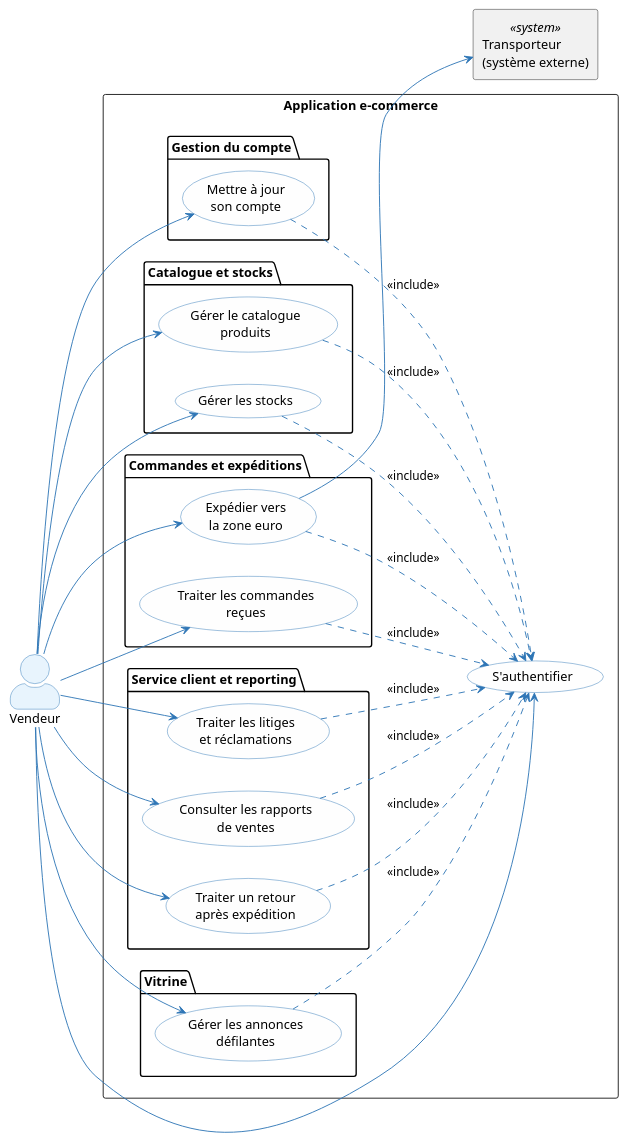
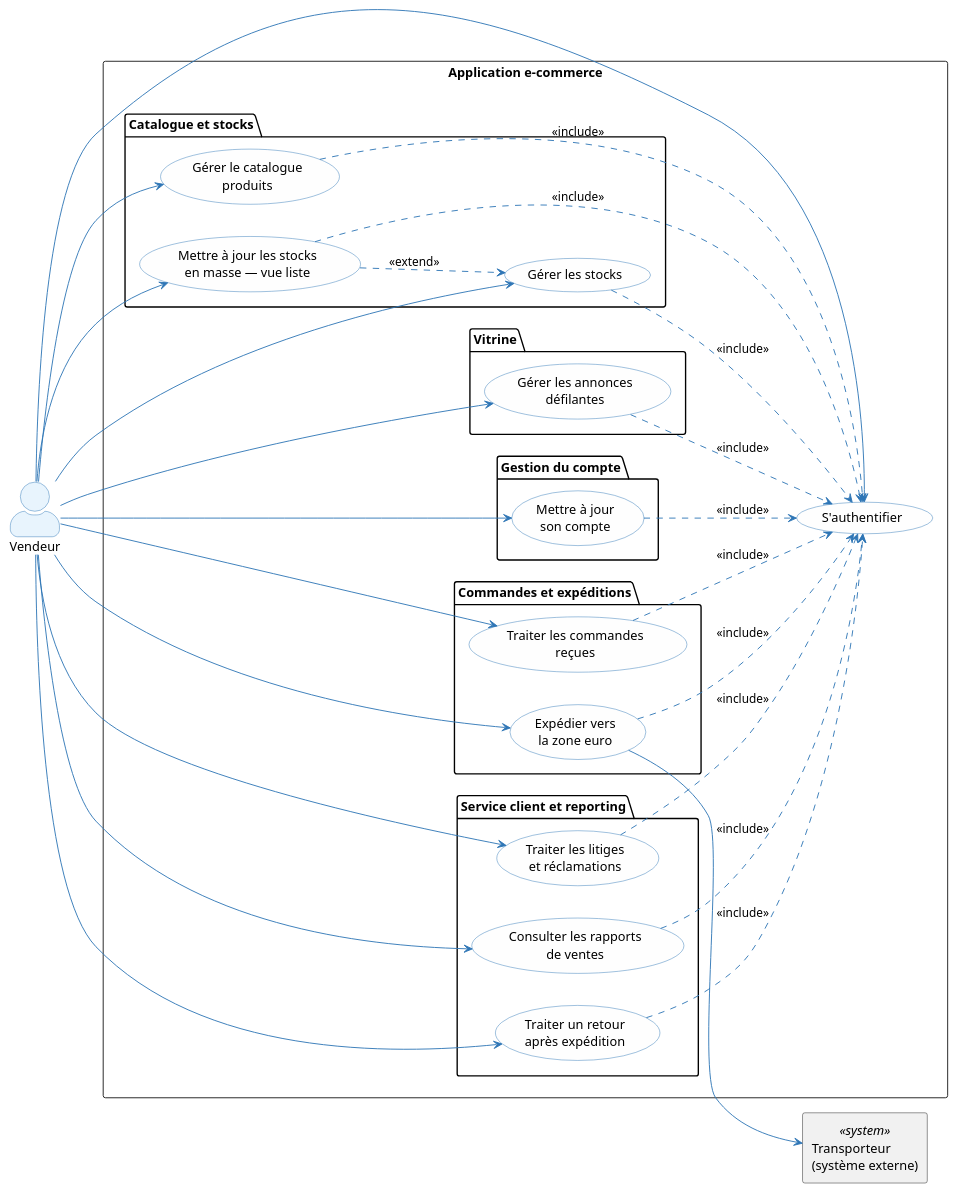
One commit to louistalvande/online_shop changed the second of 4 diagrams in architecture/01-operational-analysis/oa.adoc. Above: the diagram before and after it, drawn with PlantUML. The commit also changed other lines of this file and 1 other file, not shown here.

```diff
--- a/architecture/01-operational-analysis/oa.adoc
+++ b/architecture/01-operational-analysis/oa.adoc
@@ -186,62 +186,66 @@
 [plantuml, oa-uc-vendor, svg]
 ----
 skinparam actorStyle awesome
 skinparam usecase {
   BackgroundColor #FEFEFE
   BorderColor #2E75B6
   ArrowColor #2E75B6
 }
 skinparam actor {
   BackgroundColor #E8F4FD
   BorderColor #2E75B6
 }
 
 left to right direction
 
 actor "Vendeur" as Vendor
 rectangle "Transporteur\n(système externe)" as Carrier <<system>>
 
 rectangle "Application e-commerce" {
   usecase (S'authentifier) as UC_V_AUTH
   package "Gestion du compte" {
     usecase (Mettre à jour\nson compte) as UC_V0
   }
   package "Catalogue et stocks" {
     usecase (Gérer le catalogue\nproduits) as UC_V1
     usecase (Gérer les stocks) as UC_V2
+    usecase (Mettre à jour les stocks\nen masse — vue liste) as UC_V10
   }
   package "Commandes et expéditions" {
     usecase (Traiter les commandes\nreçues) as UC_V3
     usecase (Expédier vers\nla zone euro) as UC_V4
   }
   package "Service client et reporting" {
     usecase (Traiter les litiges\net réclamations) as UC_V5
     usecase (Consulter les rapports\nde ventes) as UC_V6
     usecase (Traiter un retour\naprès expédition) as UC_V8
   }
   package "Vitrine" {
     usecase (Gérer les annonces\ndéfilantes) as UC_V9
   }
 }
 
 Vendor --> UC_V_AUTH
 Vendor --> UC_V0
 Vendor --> UC_V1
 Vendor --> UC_V2
+Vendor --> UC_V10
 Vendor --> UC_V3
 Vendor --> UC_V4
 Vendor --> UC_V5
 Vendor --> UC_V6
 Vendor --> UC_V8
 Vendor --> UC_V9
 UC_V0 ..> UC_V_AUTH : <<include>>
 UC_V1 ..> UC_V_AUTH : <<include>>
 UC_V2 ..> UC_V_AUTH : <<include>>
 UC_V3 ..> UC_V_AUTH : <<include>>
 UC_V4 ..> UC_V_AUTH : <<include>>
 UC_V5 ..> UC_V_AUTH : <<include>>
 UC_V6 ..> UC_V_AUTH : <<include>>
 UC_V8 ..> UC_V_AUTH : <<include>>
 UC_V9 ..> UC_V_AUTH : <<include>>
+UC_V10 ..> UC_V_AUTH : <<include>>
+UC_V10 ..> UC_V2 : <<extend>>
 UC_V4 --> Carrier
 ----
```
